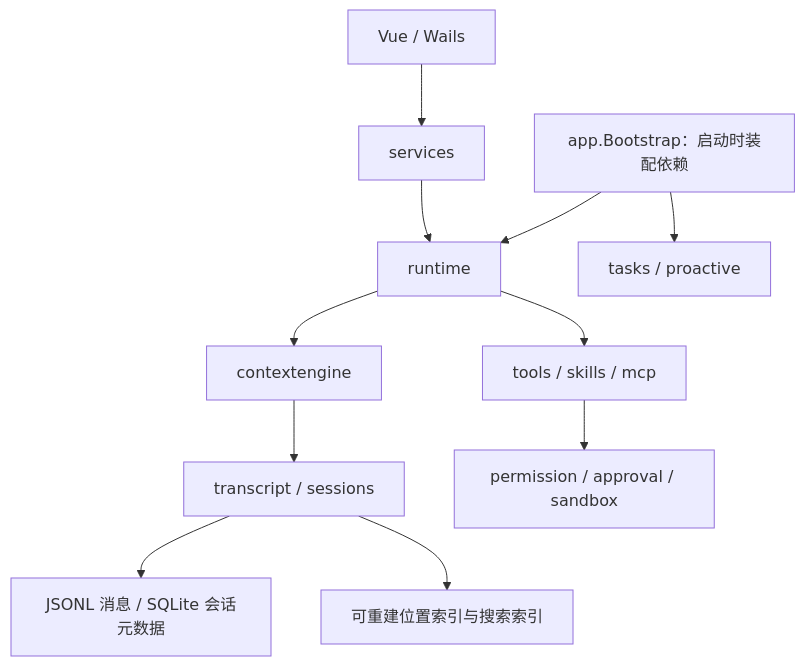
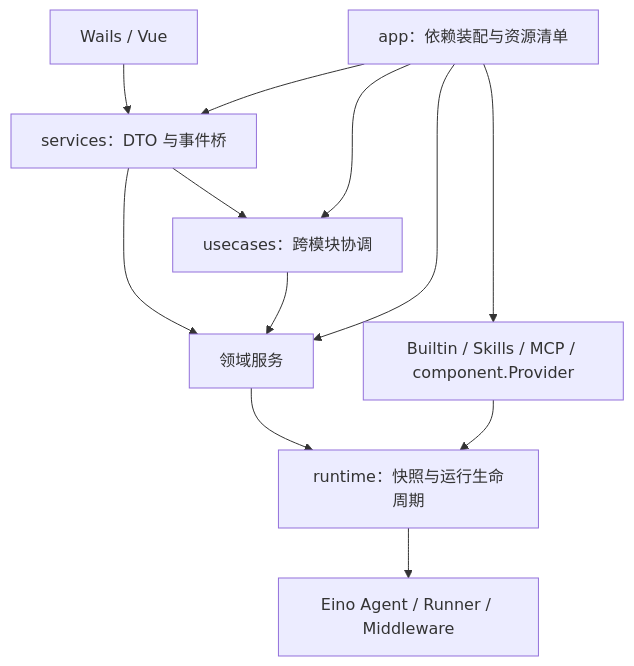
The diagram in docs/architecture/README.md (sda1-hacker/humbert-agent), drawn with Mermaid before and after one commit. The commit also changed other lines of this file and 59 other files, not shown here.

````diff
--- a/docs/architecture/README.md
+++ b/docs/architecture/README.md
@@ -13,13 +18,14 @@
 ```mermaid
 flowchart TD
-  APP[app.Bootstrap：启动时装配依赖] --> RT[runtime]
-  UI[Vue / Wails] --> SV[services]
-  SV --> RT
-  RT --> CX[contextengine]
-  CX --> TR[transcript / sessions]
-  RT --> TL[tools / skills / mcp]
-  TL --> SEC[permission / approval / sandbox]
-  APP --> TASK[tasks / proactive]
-  TR --> DATA[JSONL 消息 / SQLite 会话元数据]
-  TR --> INDEX[可重建位置索引与搜索索引]
+  Desktop[Wails / Vue] --> API[services：DTO 与事件桥]
+  API --> Usecases[usecases：跨模块协调]
+  API --> Domains[领域服务]
+  Usecases --> Domains
+  Domains --> Runtime[runtime：快照与运行生命周期]
+  Providers[Builtin / Skills / MCP / component.Provider] --> Runtime
+  Runtime --> Eino[Eino Agent / Runner / Middleware]
+  App[app：依赖装配与资源清单] --> API
+  App --> Usecases
+  App --> Domains
+  App --> Providers
 ```
````
